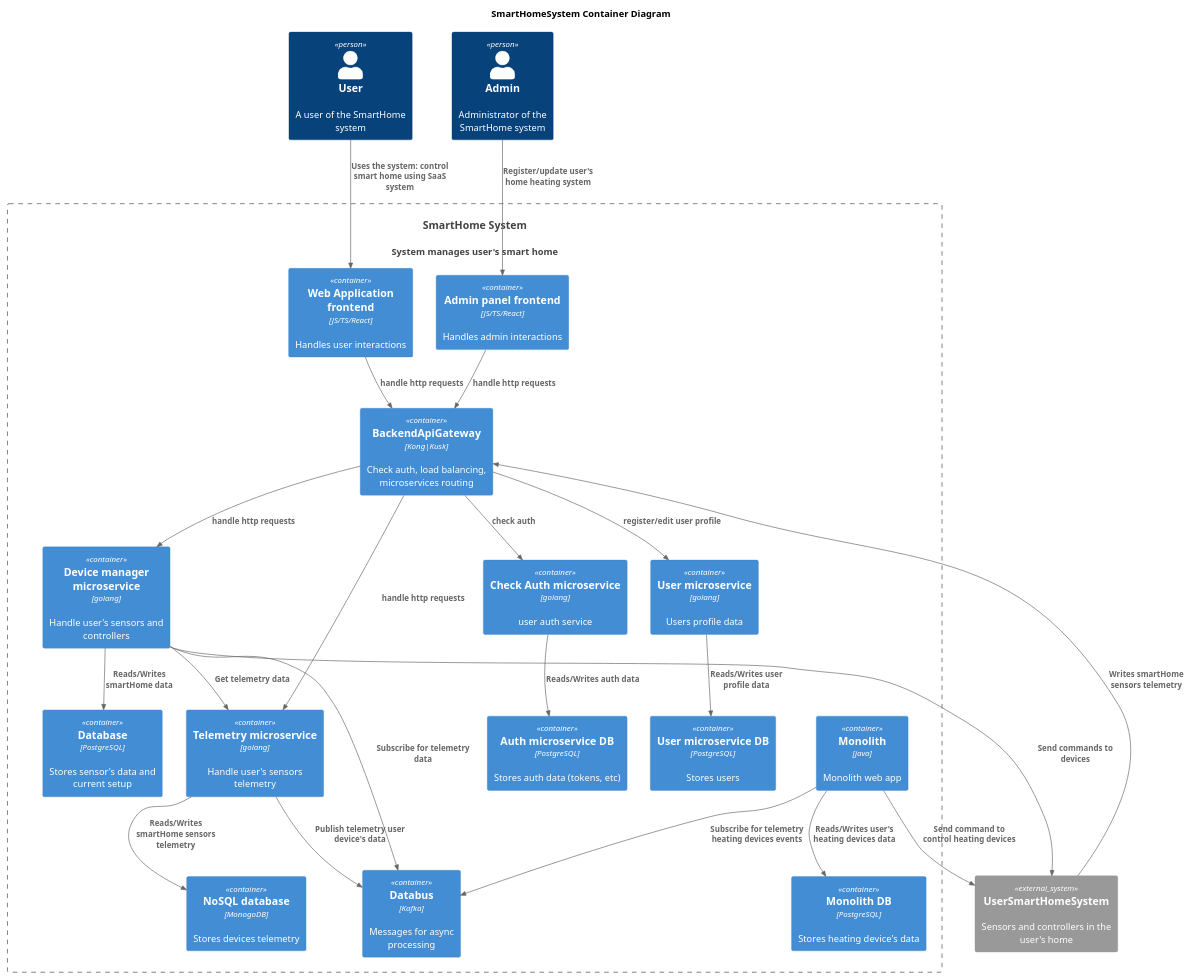
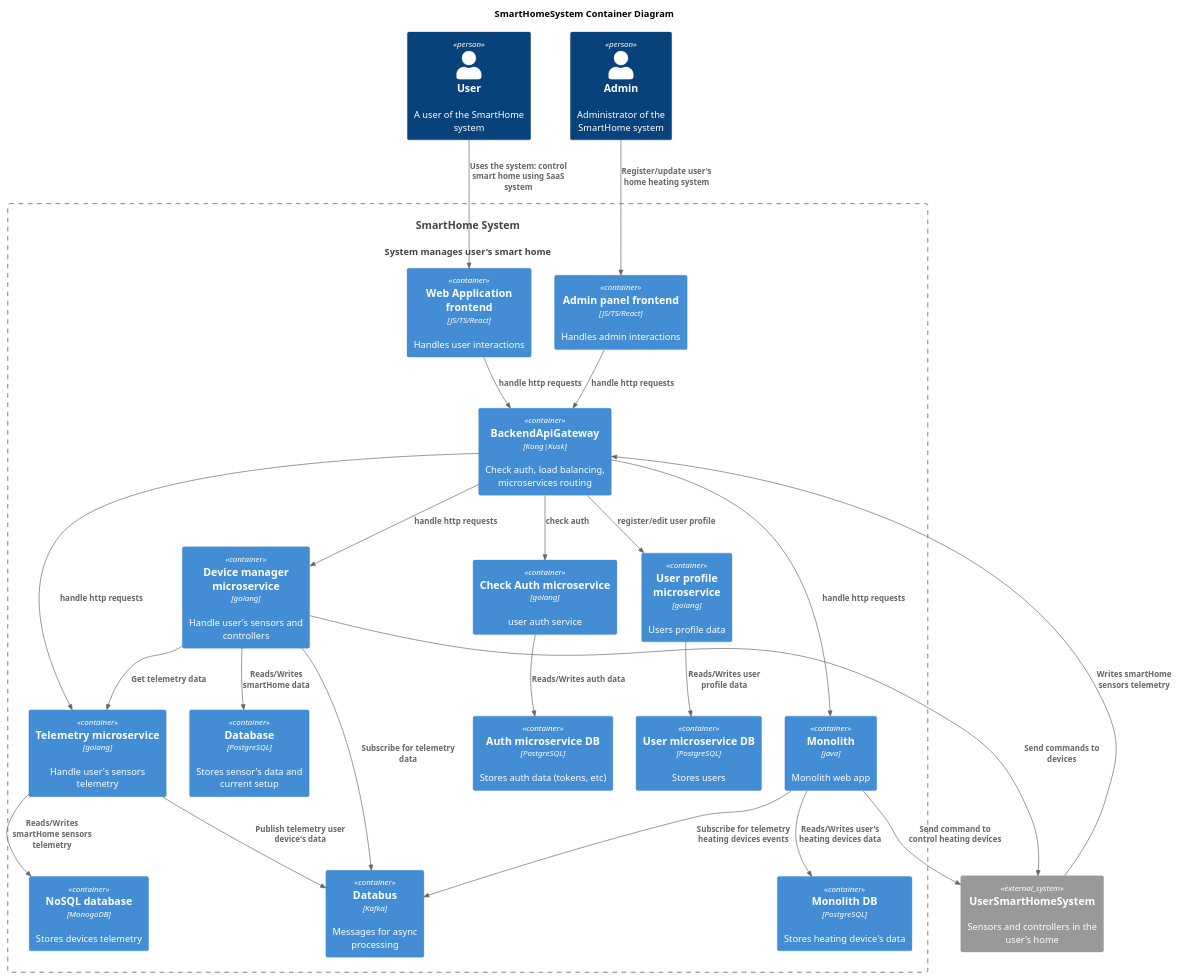
Before and after one commit to misikch/ya-practicum-arch-sprint-3: the diagram in docs/tobe/Container.puml, drawn with PlantUML.

```diff
--- a/docs/tobe/Container.puml
+++ b/docs/tobe/Container.puml
@@ -1,74 +1,75 @@
 @startuml
 title SmartHomeSystem Container Diagram
 
 top to bottom direction
 
 
 !include ./C4_Container.puml
 
 Person(user, "User", "A user of the SmartHome system")
 Person(admin, "Admin", "Administrator of the SmartHome system")
 System(SmartHomeSystem, "SmartHome System", "System manages user's smart home")
 
 Container_Boundary(SmartHomeSystem, "SmartHome System") {
     Container(UserFrontend, "Web Application frontend", "JS/TS/React", "Handles user interactions")
     Container(AdminFrontend, "Admin panel frontend", "JS/TS/React", "Handles admin interactions")
     Container(ApiGateway, "BackendApiGateway", "Kong|Kusk", "Check auth, load balancing, microservices routing")
     Container(ApiGateway, "BackendApiGateway", "Kong|Kusk", "Check auth, load balancing, microservices routing")
 
     together {
         together {
             Container(DeviceManager, "Device manager microservice", "golang", "Handle user's sensors and controllers")
             Container(Database, "Database", "PostgreSQL", "Stores sensor's data and current setup")
         }
         together {
             Container(Telemetry, "Telemetry microservice", "golang", "Handle user's sensors telemetry")
             Container(DatabaseTelemetry, "NoSQL database", "MonogoDB", "Stores devices telemetry")
         }
     }
 
     together {
         Container(AuthService, "Check Auth microservice", "golang", "user auth service")
         Container(AuthServiceDatabase, "Auth microservice DB", "PostgreSQL", "Stores auth data (tokens, etc)")
     }
 
     together {
-        Container(UserProfileService, "User microservice", "golang", "Users profile data")
+        Container(UserProfileService, "User profile microservice", "golang", "Users profile data")
         Container(UserProfileServiceDatabase, "User microservice DB", "PostgreSQL", "Stores users")
     }
 
         together {
             Container(Monolith, "Monolith", "java", "Monolith web app")
             Container(MonolithDatabase, "Monolith DB", "PostgreSQL", "Stores heating device's data")
         }
 
     Container(Databus, "Databus", "Kafka", "Messages for async processing")
 }
 
 System_Ext(usersHome, "UserSmartHomeSystem", "Sensors and controllers in the user's home")
 
 Rel(user, UserFrontend, "Uses the system: control smart home using SaaS system")
 Rel(admin, AdminFrontend,"Register/update user's home heating system")
 Rel(UserFrontend, ApiGateway, "handle http requests")
 Rel(AdminFrontend, ApiGateway, "handle http requests")
 Rel(ApiGateway, Telemetry, "handle http requests")
 Rel(ApiGateway, DeviceManager, "handle http requests")
 Rel(ApiGateway, AuthService, "check auth")
 Rel(ApiGateway, UserProfileService, "register/edit user profile")
+Rel(ApiGateway, Monolith, "handle http requests")
 Rel(DeviceManager,Telemetry,"Get telemetry data")
 Rel(DeviceManager,Databus,"Subscribe for telemetry data")
 Rel(Telemetry,Databus,"Publish telemetry user device's data")
 Rel(DeviceManager,Database,"Reads/Writes smartHome data")
 Rel(Telemetry,DatabaseTelemetry,"Reads/Writes smartHome sensors telemetry")
 Rel(AuthService, AuthServiceDatabase, "Reads/Writes auth data")
 Rel(UserProfileService, UserProfileServiceDatabase, "Reads/Writes user profile data")
 Rel(Monolith, MonolithDatabase, "Reads/Writes user's heating devices data")
 Rel(Monolith, Databus, "Subscribe for telemetry heating devices events")
 Rel(Monolith, usersHome, "Send command to control heating devices")
 Rel(DeviceManager, usersHome, "Send commands to devices")
 Rel(usersHome,ApiGateway,"Writes smartHome sensors telemetry")
 
 Monolith -[hidden]down- usersHome
 DeviceManager -[hidden]right- Telemetry
 ApiGateway -[hidden]down- Telemetry
 @enduml
```
